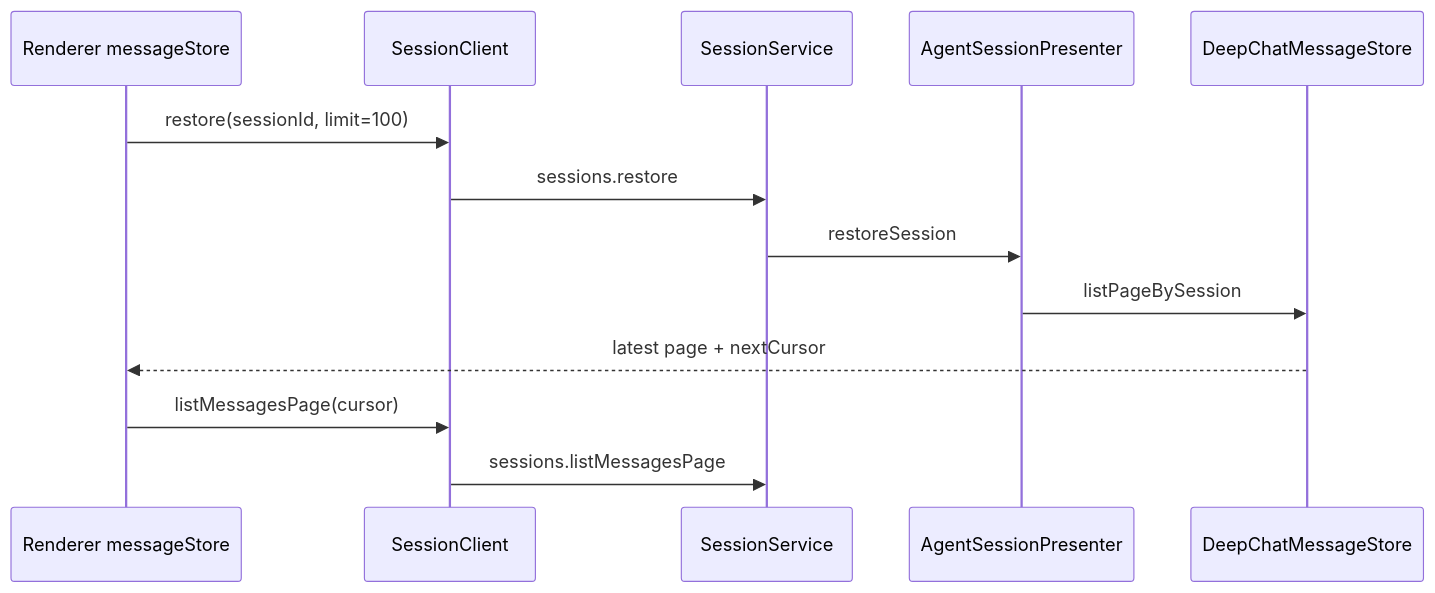
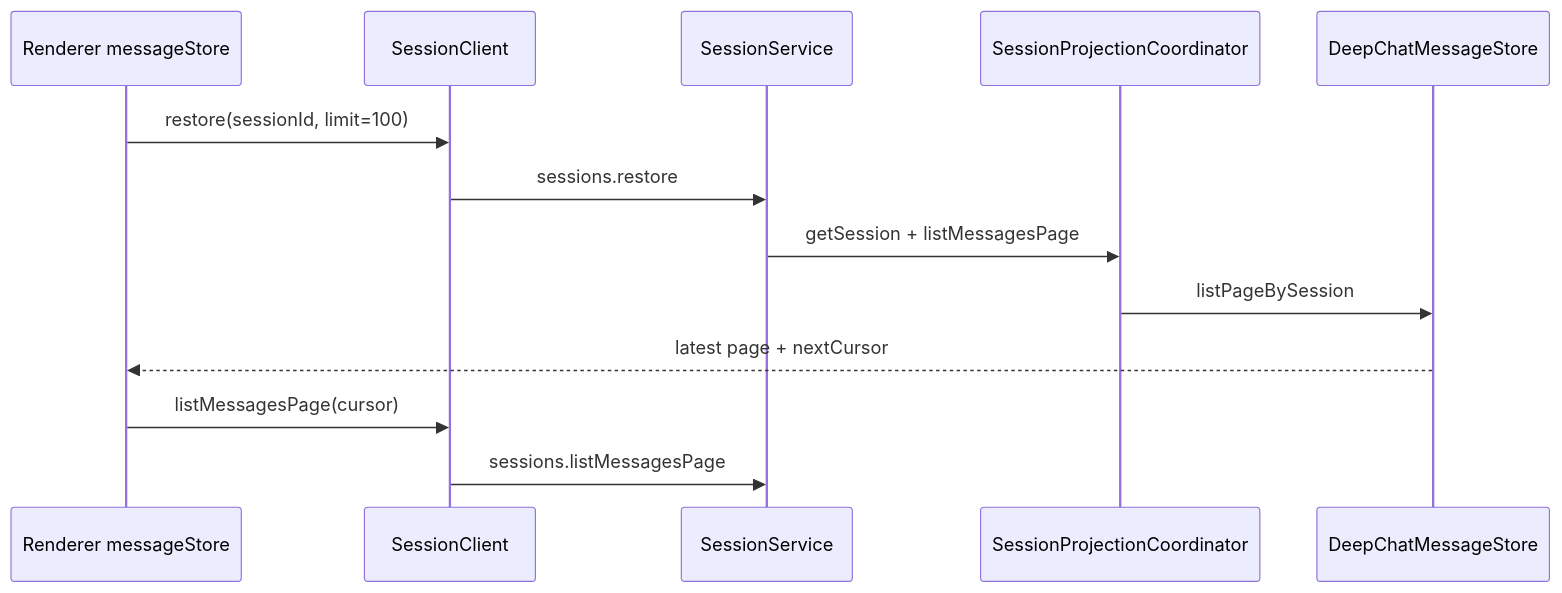
Before and after one commit to ThinkInAIXYZ/deepchat: the fourth of 9 diagrams in docs/FLOWS.md, drawn with Mermaid. The commit also changed other lines of this file and 8 other files, not shown here.

````diff
--- a/docs/FLOWS.md
+++ b/docs/FLOWS.md
@@ -122,16 +123,16 @@
 ```mermaid
 sequenceDiagram
     participant R as Renderer messageStore
     participant S as SessionClient
     participant Route as SessionService
-    participant N as AgentSessionPresenter
+    participant P as SessionProjectionCoordinator
     participant DB as DeepChatMessageStore
 
     R->>S: restore(sessionId, limit=100)
     S->>Route: sessions.restore
-    Route->>N: restoreSession
-    N->>DB: listPageBySession
+    Route->>P: getSession + listMessagesPage
+    P->>DB: listPageBySession
     DB-->>R: latest page + nextCursor
     R->>S: listMessagesPage(cursor)
     S->>Route: sessions.listMessagesPage
 ```
````
